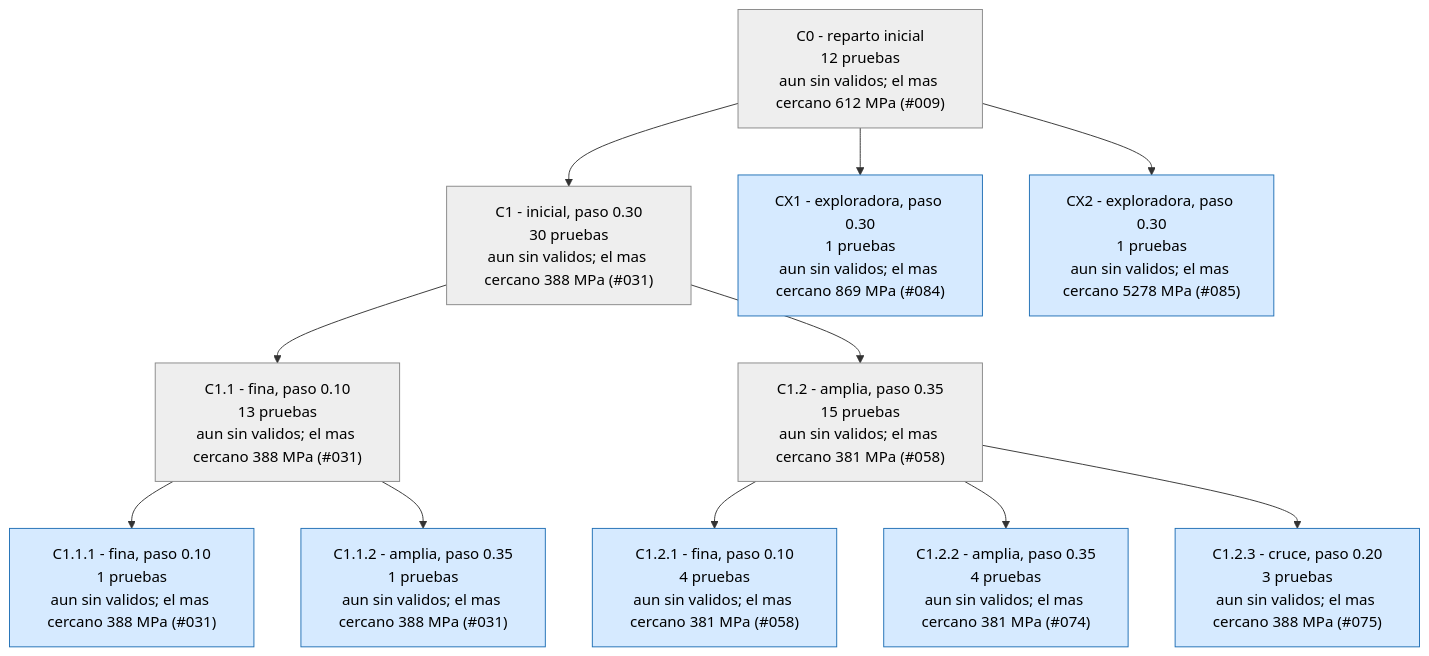
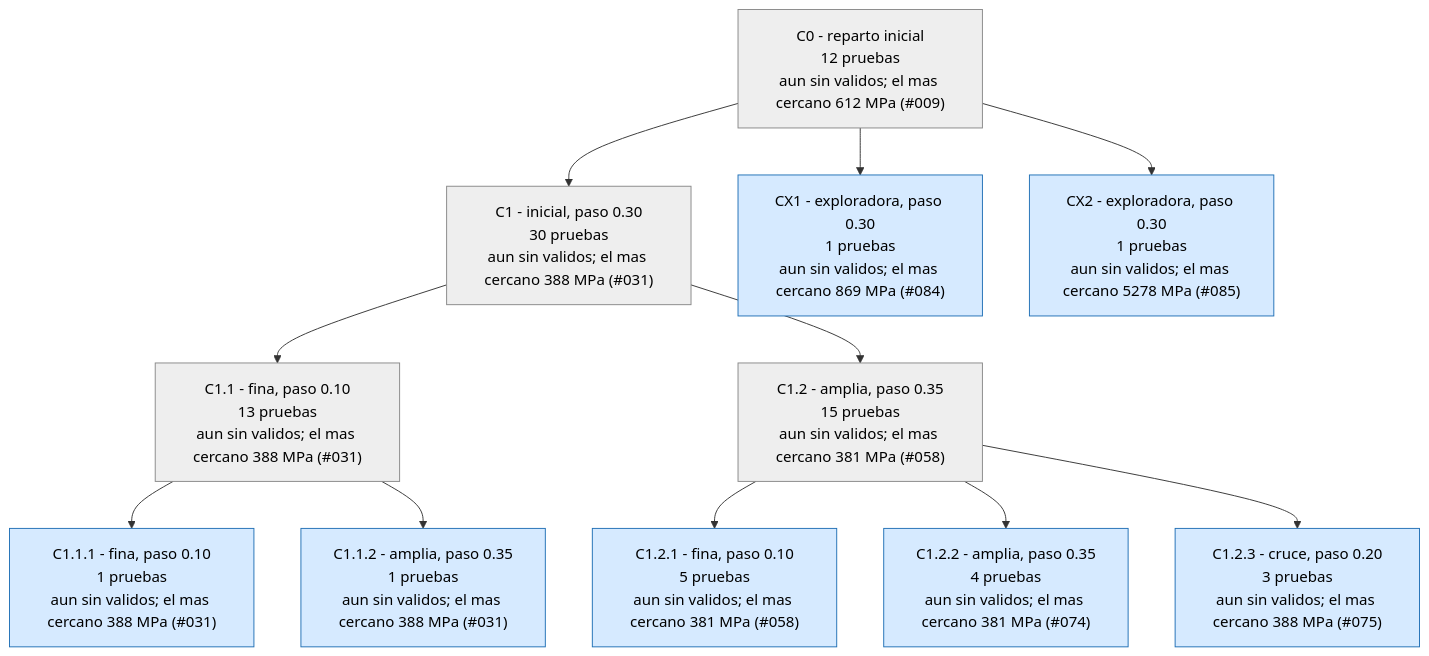
Before and after one commit to Hugiko/msd-soporte-optimizacion: the third of 4 diagrams in runs/opt_37800N/ARBOL.md, drawn with Mermaid. The commit also changed 19 other files, not shown here.

````diff
--- a/runs/opt_37800N/ARBOL.md
+++ b/runs/opt_37800N/ARBOL.md
@@ -101,27 +101,27 @@
 ```mermaid
 graph TD
 classDef activa fill:#d6eaff,stroke:#1f6fb5,color:#000
 classDef fin fill:#eeeeee,stroke:#888,color:#000
 classDef mejor fill:#c8f0c0,stroke:#1a9850,stroke-width:4px,color:#000
 C0["C0 - reparto inicial<br/>12 pruebas<br/>aun sin validos; el mas cercano 612 MPa (#009)"]:::fin
 C1["C1 - inicial, paso 0.30<br/>30 pruebas<br/>aun sin validos; el mas cercano 388 MPa (#031)"]:::fin
 C0 --> C1
 C1_1["C1.1 - fina, paso 0.10<br/>13 pruebas<br/>aun sin validos; el mas cercano 388 MPa (#031)"]:::fin
 C1 --> C1_1
 C1_2["C1.2 - amplia, paso 0.35<br/>15 pruebas<br/>aun sin validos; el mas cercano 381 MPa (#058)"]:::fin
 C1 --> C1_2
 C1_1_1["C1.1.1 - fina, paso 0.10<br/>1 pruebas<br/>aun sin validos; el mas cercano 388 MPa (#031)"]:::activa
 C1_1 --> C1_1_1
 C1_1_2["C1.1.2 - amplia, paso 0.35<br/>1 pruebas<br/>aun sin validos; el mas cercano 388 MPa (#031)"]:::activa
 C1_1 --> C1_1_2
-C1_2_1["C1.2.1 - fina, paso 0.10<br/>4 pruebas<br/>aun sin validos; el mas cercano 381 MPa (#058)"]:::activa
+C1_2_1["C1.2.1 - fina, paso 0.10<br/>5 pruebas<br/>aun sin validos; el mas cercano 381 MPa (#058)"]:::activa
 C1_2 --> C1_2_1
 C1_2_2["C1.2.2 - amplia, paso 0.35<br/>4 pruebas<br/>aun sin validos; el mas cercano 381 MPa (#074)"]:::activa
 C1_2 --> C1_2_2
 C1_2_3["C1.2.3 - cruce, paso 0.20<br/>3 pruebas<br/>aun sin validos; el mas cercano 388 MPa (#075)"]:::activa
 C1_2 --> C1_2_3
 CX1["CX1 - exploradora, paso 0.30<br/>1 pruebas<br/>aun sin validos; el mas cercano 869 MPa (#084)"]:::activa
 C0 --> CX1
 CX2["CX2 - exploradora, paso 0.30<br/>1 pruebas<br/>aun sin validos; el mas cercano 5278 MPa (#085)"]:::activa
 C0 --> CX2
 ```
````
